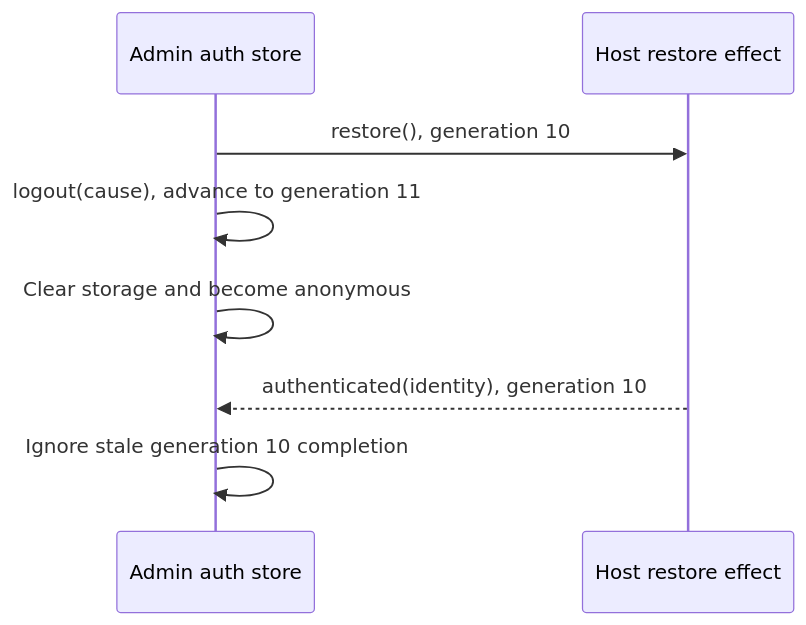
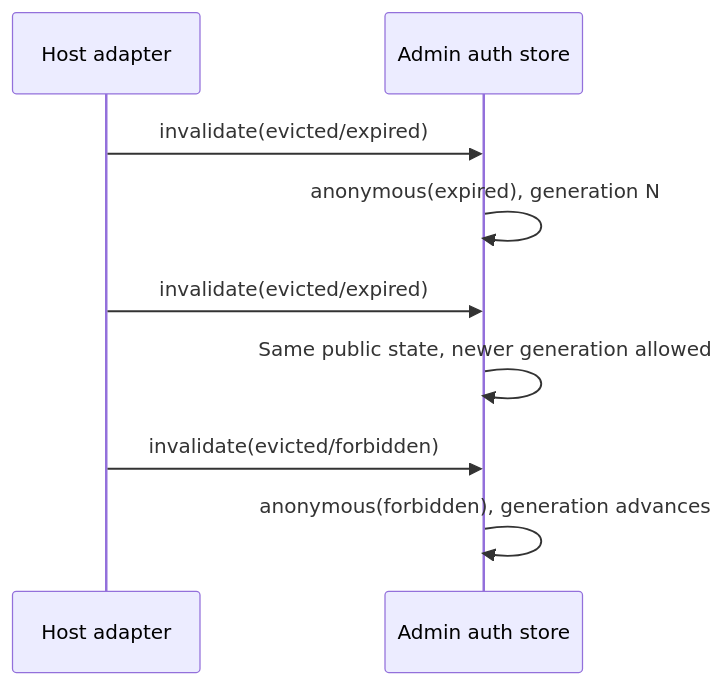
Before and after one commit to hechang27-sprt/noob-components-v2: diagram 17 of 19 in docs/admin-auth-restoration-data-flows.md, drawn with Mermaid. The commit also changed other lines of this file and 15 other files, not shown here.

````diff
--- a/docs/admin-auth-restoration-data-flows.md
+++ b/docs/admin-auth-restoration-data-flows.md
@@ -507,11 +429,12 @@
 ```mermaid
 sequenceDiagram
+    participant Host as Host adapter
     participant Auth as Admin auth store
-    participant Host as Host restore effect
 
-    Auth->>Host: restore(), generation 10
-    Auth->>Auth: logout(cause), advance to generation 11
-    Auth->>Auth: Clear storage and become anonymous
-    Host-->>Auth: authenticated(identity), generation 10
-    Auth->>Auth: Ignore stale generation 10 completion
+    Host->>Auth: invalidate(evicted/expired)
+    Auth->>Auth: anonymous(expired), generation N
+    Host->>Auth: invalidate(evicted/expired)
+    Auth->>Auth: Same public state, newer generation allowed
+    Host->>Auth: invalidate(evicted/forbidden)
+    Auth->>Auth: anonymous(forbidden), generation advances
 ```
````
